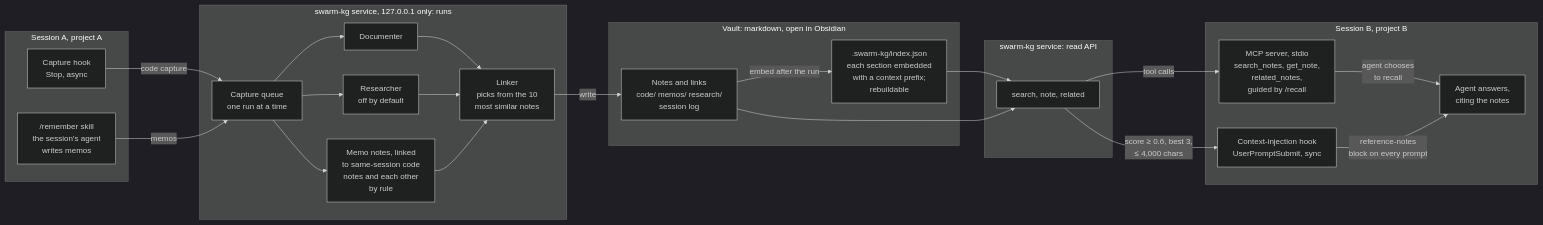
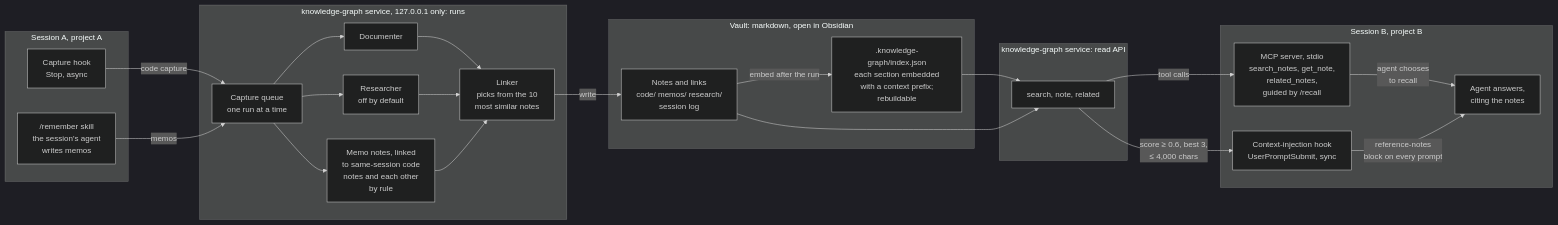
Before and after one commit to lukewoodcock/knowledge-graph: the diagram in docs/architecture.md, drawn with Mermaid (dark theme). The commit also changed other lines of this file and 38 other files, not shown here.

Commit message:
chore: rename swarm-kg to knowledge-graph (#22)

````diff
--- a/docs/architecture.md
+++ b/docs/architecture.md
@@ -9,43 +9,43 @@
 ```mermaid
 flowchart LR
   subgraph A["Session A, project A"]
     CH["Capture hook<br/>Stop, async"]
     RM["/remember skill<br/>the session's agent<br/>writes memos"]
   end
 
-  subgraph W["swarm-kg service, 127.0.0.1 only: runs"]
+  subgraph W["knowledge-graph service, 127.0.0.1 only: runs"]
     Q["Capture queue<br/>one run at a time"]
     DOC["Documenter"]
     RES["Researcher<br/>off by default"]
     MEMO["Memo notes, linked<br/>to same-session code<br/>notes and each other<br/>by rule"]
     LNK["Linker<br/>picks from the 10<br/>most similar notes"]
   end
 
   subgraph V["Vault: markdown, open in Obsidian"]
     N["Notes and links<br/>code/ memos/ research/<br/>session log"]
-    I[".swarm-kg/index.json<br/>each section embedded<br/>with a context prefix;<br/>rebuildable"]
+    I[".knowledge-graph/index.json<br/>each section embedded<br/>with a context prefix;<br/>rebuildable"]
   end
 
-  subgraph R["swarm-kg service: read API"]
+  subgraph R["knowledge-graph service: read API"]
     API["search, note, related"]
   end
 
   subgraph B["Session B, project B"]
     MCP["MCP server, stdio<br/>search_notes, get_note,<br/>related_notes,<br/>guided by /recall"]
     CI["Context-injection hook<br/>UserPromptSubmit, sync"]
     AG["Agent answers,<br/>citing the notes"]
   end
 
   CH -- "code capture" --> Q
   RM -- "memos" --> Q
   Q --> DOC & RES
   Q --> MEMO
   DOC & RES & MEMO --> LNK
   LNK -- "write" --> N
   N -- "embed after the run" --> I
   I & N --> API
   API -- "tool calls" --> MCP
   API -- "score ≥ 0.6, best 3,<br/>≤ 4,000 chars" --> CI
   MCP -- "agent chooses<br/>to recall" --> AG
   CI -- "reference-notes<br/>block on every prompt" --> AG
 ```
````
